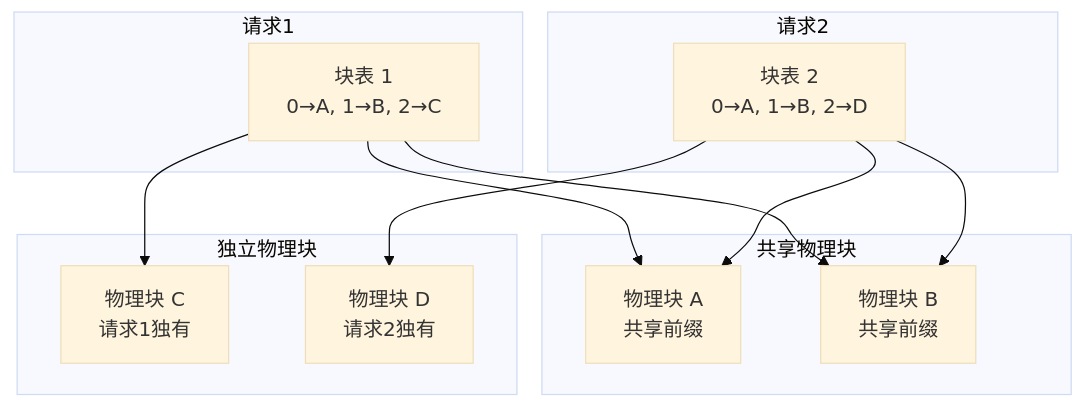
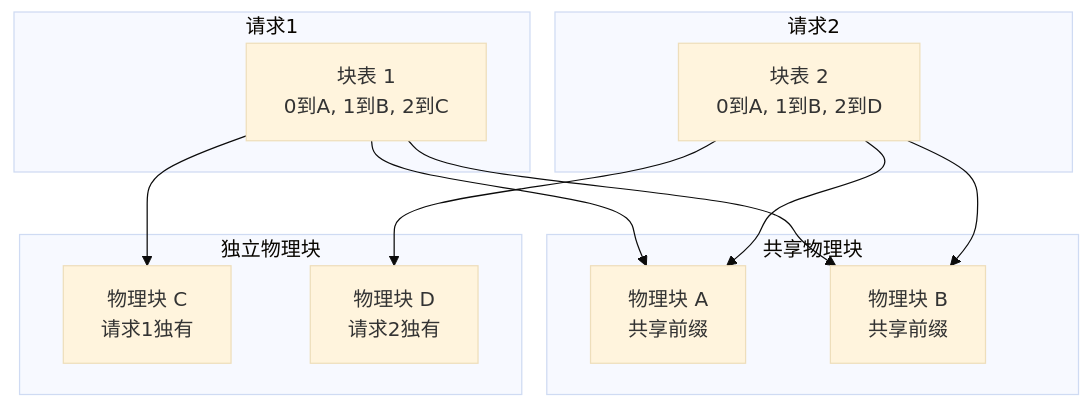
The eighth of 13 diagrams in learning/website/docs/basics/16-memory-management.md (Xunzhuo/mini-sglang), drawn with Mermaid (base theme) before and after one commit. The commit also changed other lines of this file and 9 other files, not shown here.

````diff
--- a/learning/website/docs/basics/16-memory-management.md
+++ b/learning/website/docs/basics/16-memory-management.md
@@ -318,27 +450,27 @@
 ```mermaid
 graph TB
     subgraph "请求1"
-        R1[块表 1<br/>0→A, 1→B, 2→C]
+        R1[块表 1<br/>0到A, 1到B, 2到C]
     end
-    
-    subgraph "请求2"  
-        R2[块表 2<br/>0→A, 1→B, 2→D]
+
+    subgraph "请求2"
+        R2[块表 2<br/>0到A, 1到B, 2到D]
     end
     
     subgraph "共享物理块"
         A[物理块 A<br/>共享前缀]
         B[物理块 B<br/>共享前缀]
     end
     
     subgraph "独立物理块"
         C[物理块 C<br/>请求1独有]
         D[物理块 D<br/>请求2独有]
     end
     
     R1 --> A
     R1 --> B
     R1 --> C
     R2 --> A  
     R2 --> B
     R2 --> D
 ```
````
